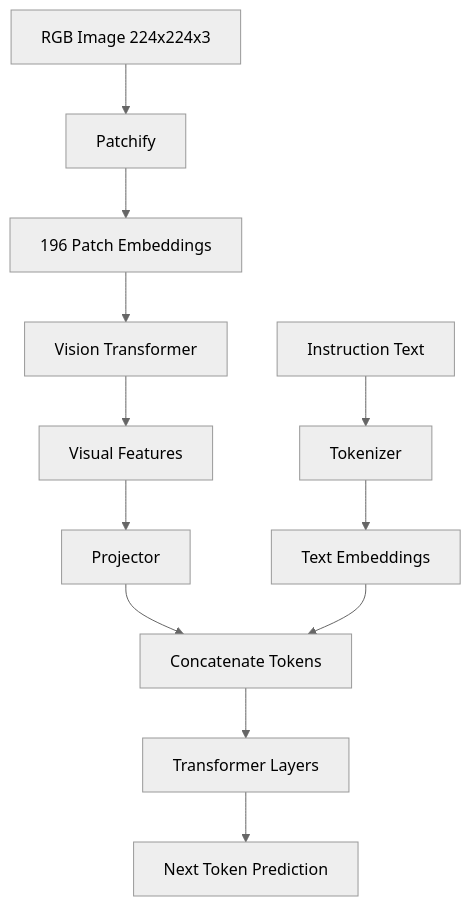
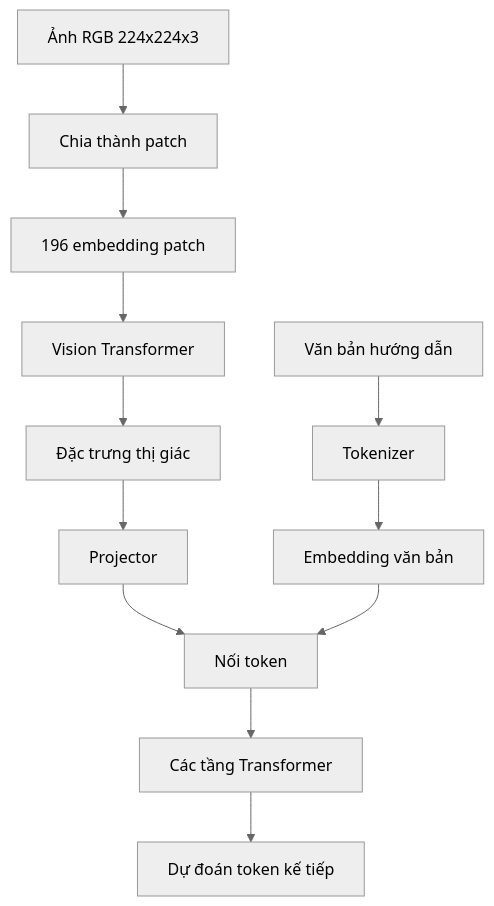
The third of 7 diagrams in docs/research_finding/01-gwen/broad_overview/LLM_VLM/llm_vlm_difference.md (cycler04/VinRobotics-VLA), drawn with Mermaid (neutral theme) before and after one commit. The commit also changed other lines of this file and 79 other files, not shown here.

````diff
--- a/docs/research_finding/01-gwen/broad_overview/LLM_VLM/llm_vlm_difference.md
+++ b/docs/research_finding/01-gwen/broad_overview/LLM_VLM/llm_vlm_difference.md
@@ -44,14 +44,14 @@
 ```mermaid
 flowchart TD
-    A[RGB Image 224x224x3] --> B[Patchify]
-    B --> C[196 Patch Embeddings]
+    A[Ảnh RGB 224x224x3] --> B[Chia thành patch]
+    B --> C[196 embedding patch]
     C --> D[Vision Transformer]
-    D --> E[Visual Features]
+    D --> E[Đặc trưng thị giác]
     E --> F[Projector]
-    G[Instruction Text] --> H[Tokenizer]
-    H --> I[Text Embeddings]
-    F --> J[Concatenate Tokens]
+    G[Văn bản hướng dẫn] --> H[Tokenizer]
+    H --> I[Embedding văn bản]
+    F --> J[Nối token]
     I --> J
-    J --> K[Transformer Layers]
-    K --> L[Next Token Prediction]
+    J --> K[Các tầng Transformer]
+    K --> L[Dự đoán token kế tiếp]
 ```
````
